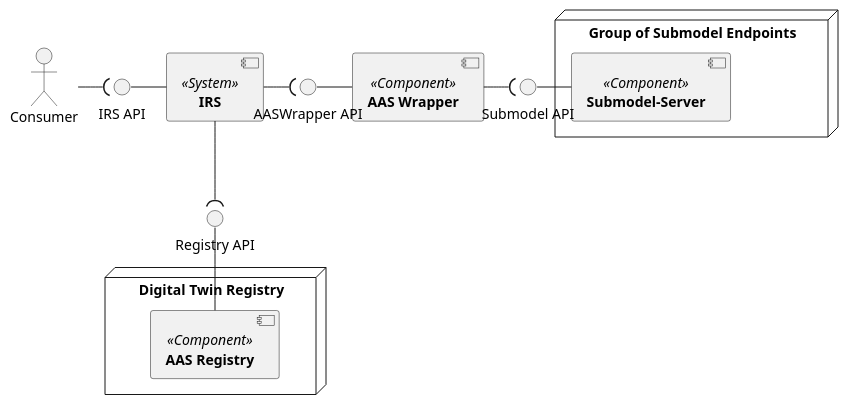
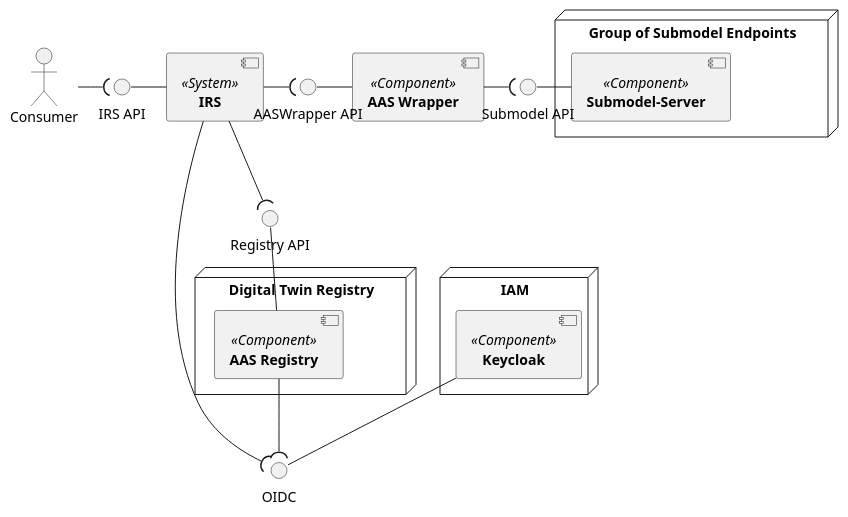
The diagram in uml-diagramms/irs-overall-system-view.puml (eclipse-tractusx/item-relationship-service), drawn with PlantUML before and after one commit.

Commit message:
feat(docs):[TRI-490] Add IAM to technical context

```diff
--- a/uml-diagramms/irs-overall-system-view.puml
+++ b/uml-diagramms/irs-overall-system-view.puml
@@ -1,33 +1,38 @@
 @startuml 
 skinparam monochrome true
 skinparam shadowing false
 
 [**IRS**] <<System>> as IRS
 
 [**AAS Wrapper**] <<Component>> as AASW
 
 
 node "Digital Twin Registry" {
     [**AAS Registry**] <<Component>> as AASR
 }
-
+node "IAM" {
+    [**Keycloak**] <<Component>> as KIAM
+}
 node "Group of Submodel Endpoints" {
   [**Submodel-Server**] <<Component>> as SN
 }
 
 actor Consumer
 interface "IRS API" as IAPI
+interface "OIDC" as IAMAPI
 interface "AASWrapper API" as IAASW
 interface "Registry API" as IRAPI
 interface "Submodel API" as ISubModelAPI
 
 Consumer -( IAPI
 IAPI - IRS
 IAASW - AASW
 IRS -( IAASW
 ISubModelAPI - SN
 AASW -( ISubModelAPI
 IRS --( IRAPI
 IRAPI -- AASR
-
+IRS --( IAMAPI
+AASR --( IAMAPI
+KIAM -- IAMAPI
 @enduml
```
